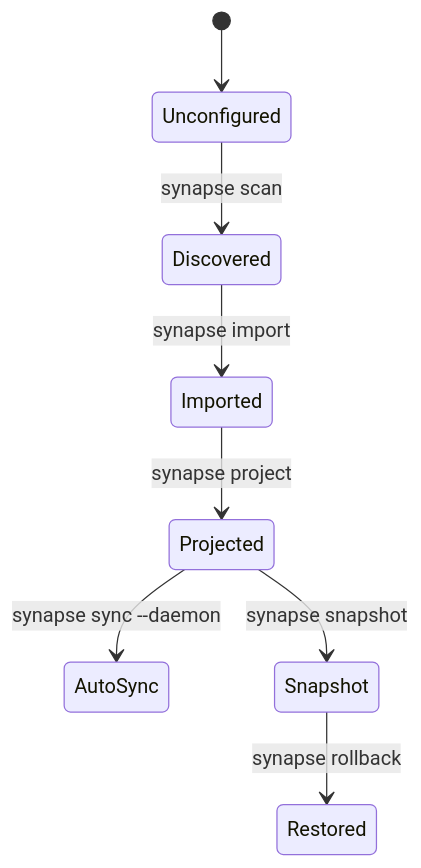
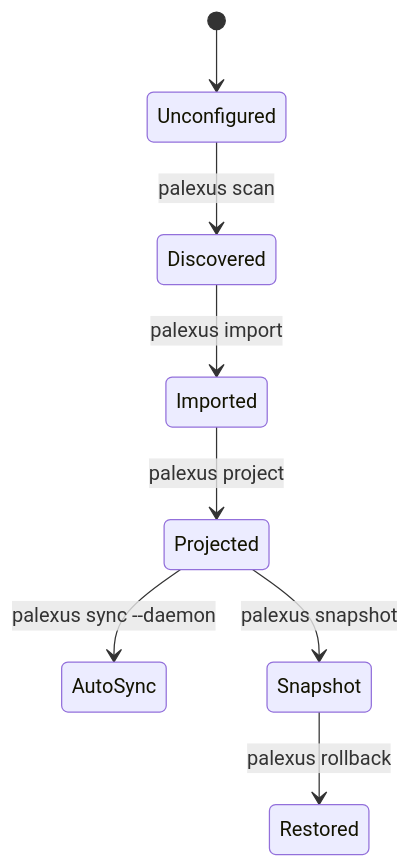
One commit to earnerbaymalay/palexus-brain changed the second of 4 diagrams in docs/USER_GUIDE.md. Above: the diagram before and after it, drawn with Mermaid. The commit also changed other lines of this file and 171 other files, not shown here.

First line of the commit message:
feat!: rename Synapse to Palexus Brain

````diff
--- a/docs/USER_GUIDE.md
+++ b/docs/USER_GUIDE.md
@@ -75,10 +75,10 @@
 ```mermaid
 stateDiagram-v2
     [*] --> Unconfigured
-    Unconfigured --> Discovered : synapse scan
-    Discovered --> Imported : synapse import
-    Imported --> Projected : synapse project
-    Projected --> AutoSync : synapse sync --daemon
-    Projected --> Snapshot : synapse snapshot
-    Snapshot --> Restored : synapse rollback
+    Unconfigured --> Discovered : palexus scan
+    Discovered --> Imported : palexus import
+    Imported --> Projected : palexus project
+    Projected --> AutoSync : palexus sync --daemon
+    Projected --> Snapshot : palexus snapshot
+    Snapshot --> Restored : palexus rollback
 ```
````
